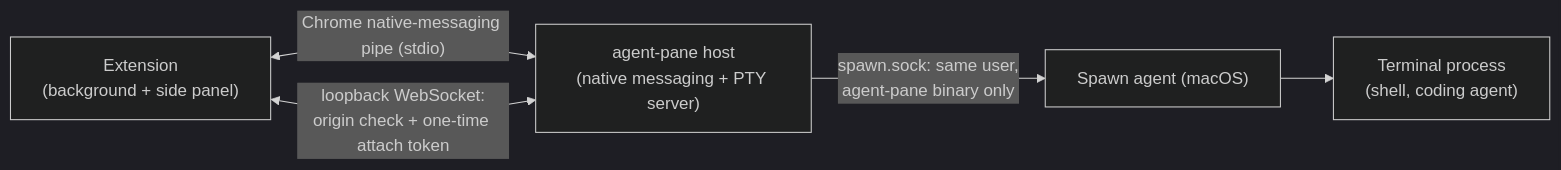
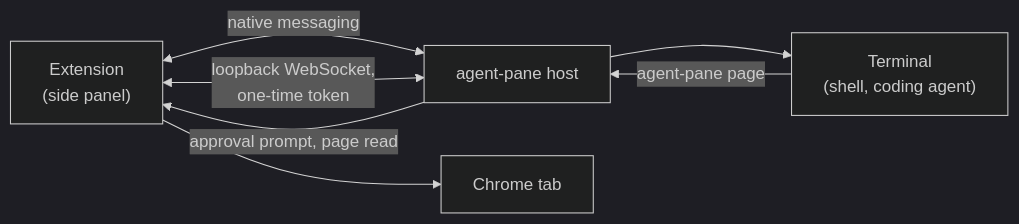
Before and after one commit to asakin/agent-pane: the diagram in README.md, drawn with Mermaid (dark theme). The commit also changed other lines of this file and 1 other file, not shown here.

````diff
--- a/README.md
+++ b/README.md
@@ -178,12 +90,14 @@
 ```mermaid
 flowchart LR
-  ext["Extension<br/>(background + side panel)"]
-  host["agent-pane host<br/>(native messaging + PTY server)"]
-  spawn["Spawn agent (macOS)"]
-  term["Terminal process<br/>(shell, coding agent)"]
+  ext["Extension<br/>(side panel)"]
+  host["agent-pane host"]
+  term["Terminal<br/>(shell, coding agent)"]
+  page["Chrome tab"]
 
-  ext <-- "Chrome native-messaging pipe (stdio)" --> host
-  ext <-- "loopback WebSocket:<br/>origin check + one-time attach token" --> host
-  host -- "spawn.sock: same user,<br/>agent-pane binary only" --> spawn
-  spawn --> term
+  ext <-- "native messaging" --> host
+  ext <-- "loopback WebSocket,<br/>one-time token" --> host
+  host --> term
+  term -- "agent-pane page" --> host
+  host -- "approval prompt, page read" --> ext
+  ext --> page
 ```
````
